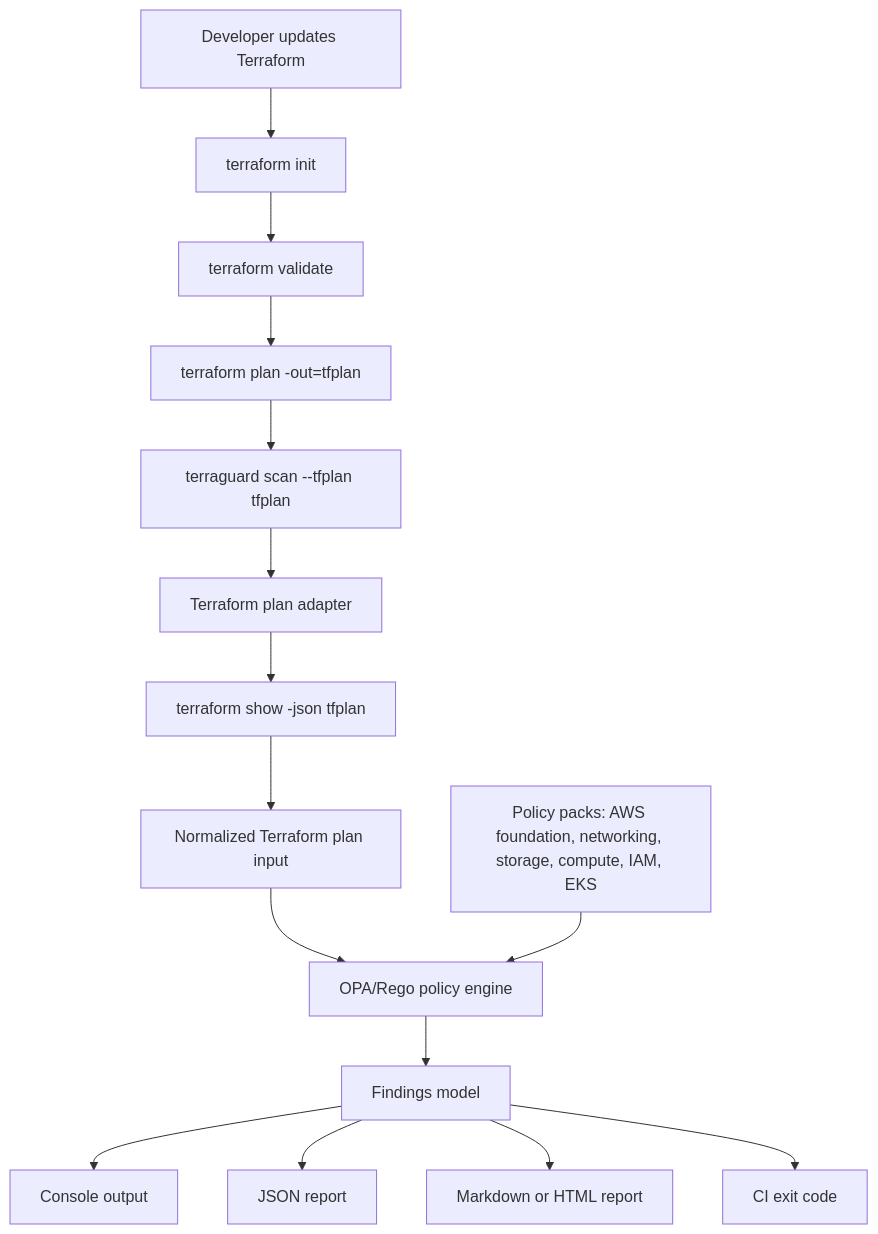
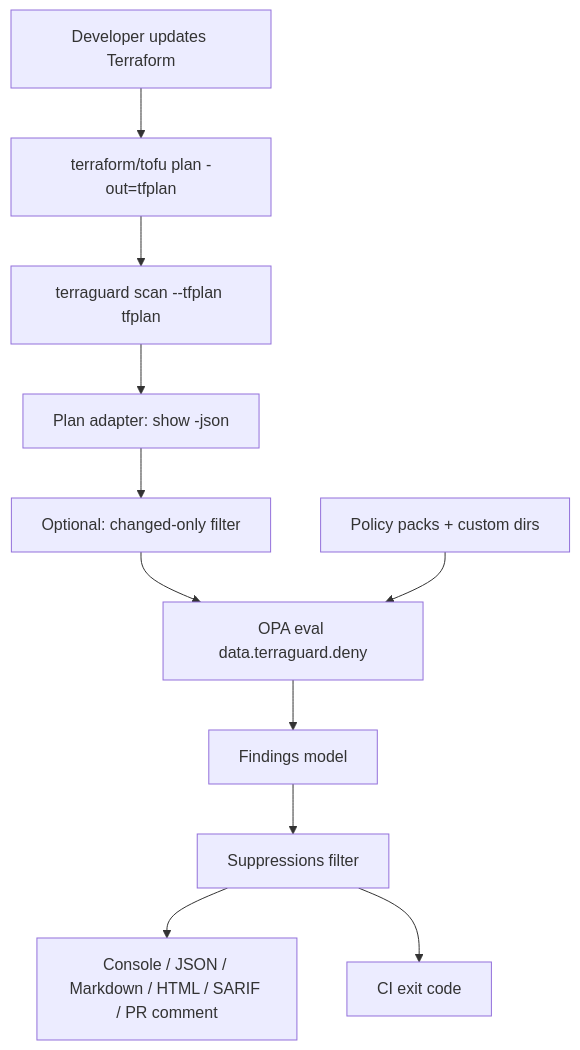
One commit to poushalic34/TerraGuard-CLI changed the diagram in docs/architecture.md. Above: the diagram before and after it, drawn with Mermaid. The commit also changed other lines of this file and 5 other files, not shown here.

````diff
--- a/docs/architecture.md
+++ b/docs/architecture.md
@@ -7,17 +7,13 @@
 ```mermaid
 flowchart TD
-    A["Developer updates Terraform"] --> B["terraform init"]
-    B --> C["terraform validate"]
-    C --> D["terraform plan -out=tfplan"]
-    D --> E["terraguard scan --tfplan tfplan"]
-    E --> F["Terraform plan adapter"]
-    F --> G["terraform show -json tfplan"]
-    G --> H["Normalized Terraform plan input"]
-    H --> I["OPA/Rego policy engine"]
-    J["Policy packs: AWS foundation, networking, storage, compute, IAM, EKS"] --> I
-    I --> K["Findings model"]
-    K --> L["Console output"]
-    K --> M["JSON report"]
-    K --> N["Markdown or HTML report"]
-    K --> O["CI exit code"]
+    A["Developer updates Terraform"] --> B["terraform/tofu plan -out=tfplan"]
+    B --> C["terraguard scan --tfplan tfplan"]
+    C --> D["Plan adapter: show -json"]
+    D --> E["Optional: changed-only filter"]
+    E --> F["OPA eval data.terraguard.deny"]
+    G["Policy packs + custom dirs"] --> F
+    F --> H["Findings model"]
+    H --> I["Suppressions filter"]
+    I --> J["Console / JSON / Markdown / HTML / SARIF / PR comment"]
+    I --> K["CI exit code"]
 ```
````
